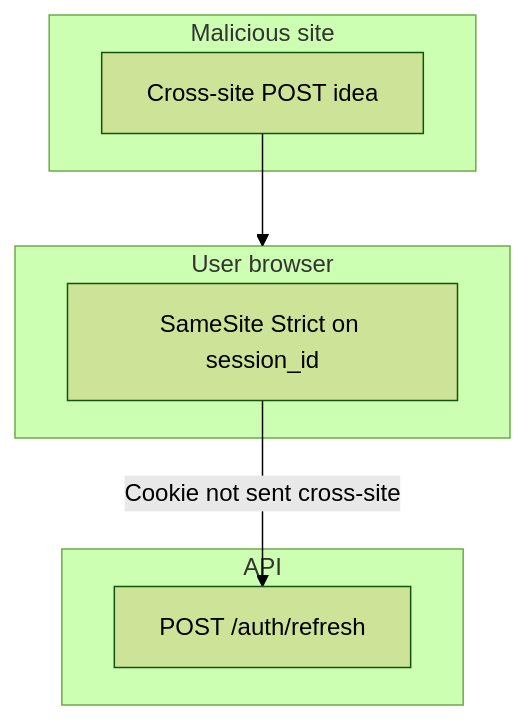
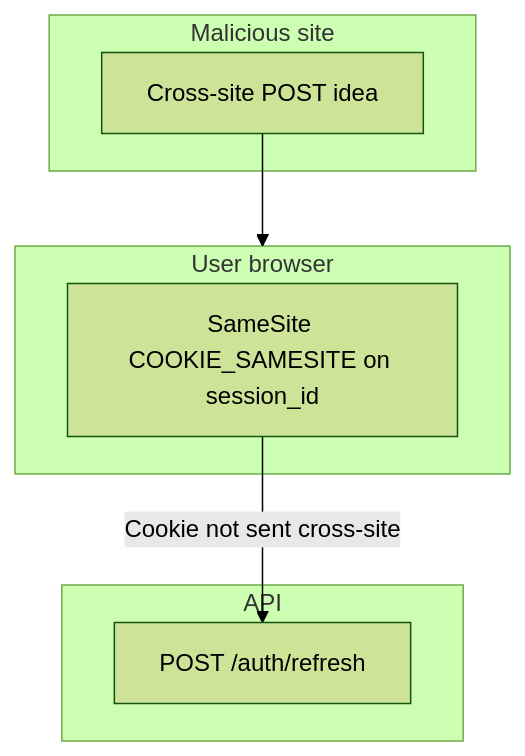
Before and after one commit to nikunjmavani/core-be: the second of 2 diagrams in docs/reference/security/csrf-and-session-cookies.md, drawn with Mermaid (forest theme). The commit also changed other lines of this file and 9 other files, not shown here.

First line of the commit message:
fix(auth): accept provider params on OAuth callback; make cookie SameSite configurable (#1103)

````diff
--- a/docs/reference/security/csrf-and-session-cookies.md
+++ b/docs/reference/security/csrf-and-session-cookies.md
@@ -61,14 +61,14 @@
 ```mermaid
 flowchart TB
   subgraph attacker [Malicious site]
     Form[Cross-site POST idea]
   end
   subgraph browser [User browser]
-    CookiePolicy[SameSite Strict on session_id]
+    CookiePolicy[SameSite COOKIE_SAMESITE on session_id]
   end
   subgraph corebe [API]
     Refresh[POST /auth/refresh]
   end
   Form --> browser
   CookiePolicy -->|"Cookie not sent cross-site"| Refresh
 ```
````
